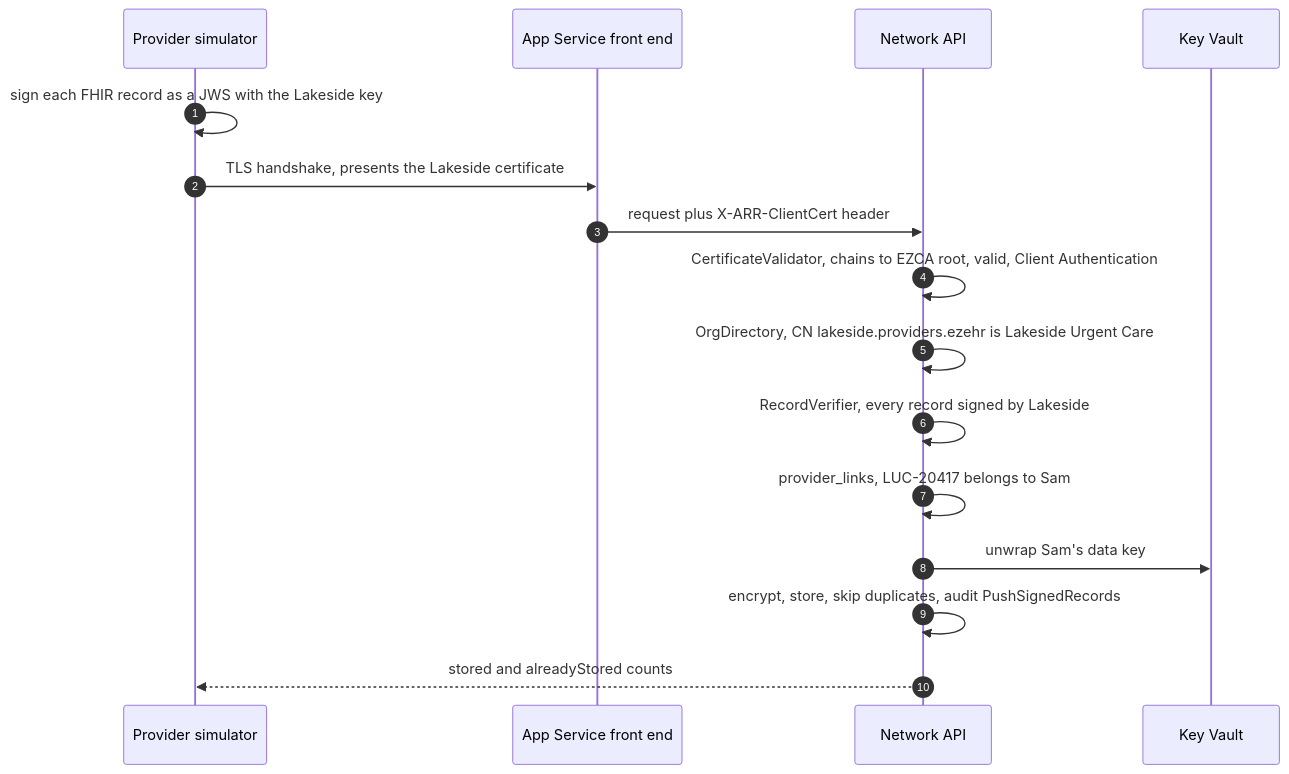
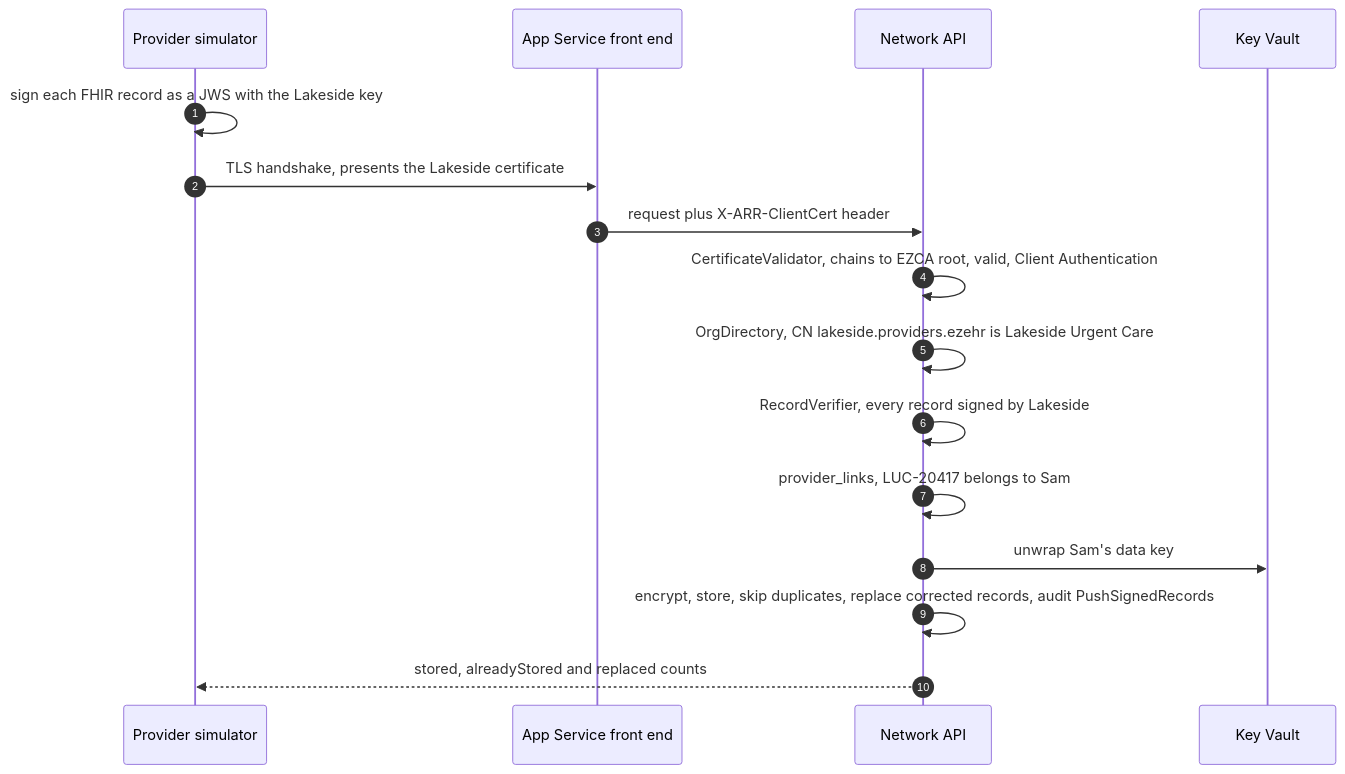
One commit to ParkerHitch/EZEHR changed the sixth of 11 diagrams in docs/auth-flows.md. Above: the diagram before and after it, drawn with Mermaid. The commit also changed other lines of this file and 42 other files, not shown here.

````diff
--- a/docs/auth-flows.md
+++ b/docs/auth-flows.md
@@ -225,18 +227,18 @@
 ```mermaid
 sequenceDiagram
   autonumber
   participant Tool as Provider simulator
   participant FE as App Service front end
   participant App as Network API
   participant KV as Key Vault
   Tool->>Tool: sign each FHIR record as a JWS with the Lakeside key
   Tool->>FE: TLS handshake, presents the Lakeside certificate
   FE->>App: request plus X-ARR-ClientCert header
   App->>App: CertificateValidator, chains to EZCA root, valid, Client Authentication
   App->>App: OrgDirectory, CN lakeside.providers.ezehr is Lakeside Urgent Care
   App->>App: RecordVerifier, every record signed by Lakeside
   App->>App: provider_links, LUC-20417 belongs to Sam
   App->>KV: unwrap Sam's data key
-  App->>App: encrypt, store, skip duplicates, audit PushSignedRecords
-  App-->>Tool: stored and alreadyStored counts
+  App->>App: encrypt, store, skip duplicates, replace corrected records, audit PushSignedRecords
+  App-->>Tool: stored, alreadyStored and replaced counts
 ```
````
